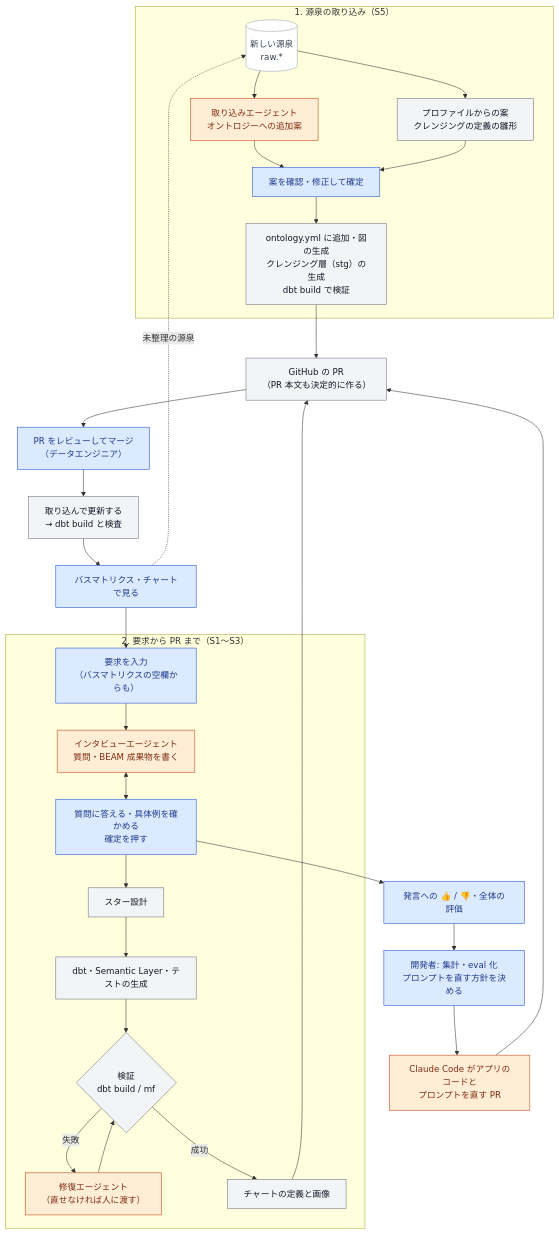
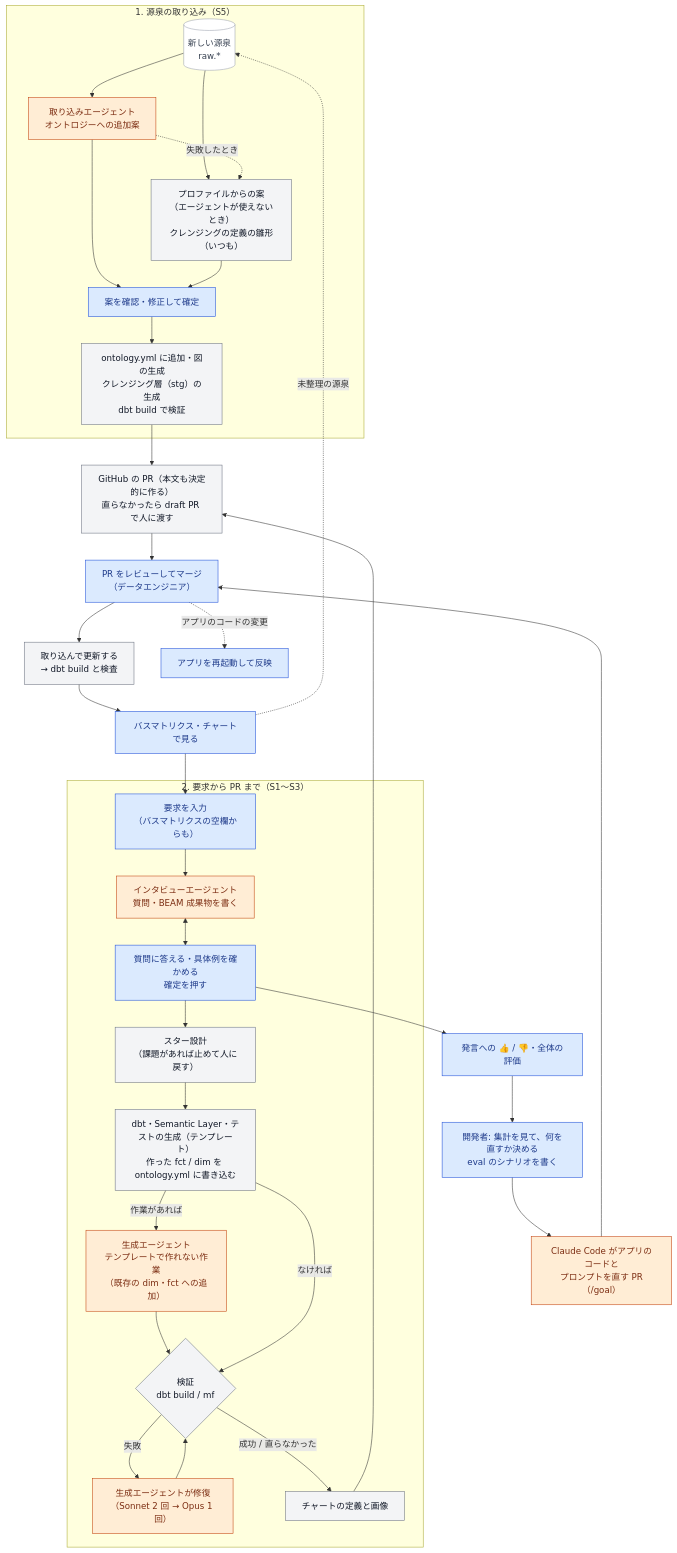
Before and after one commit to daikono313/agentic-data-platform: the first of 2 diagrams in docs/design-doc.md, drawn with Mermaid. The commit also changed other lines of this file and 8 other files, not shown here.

````diff
--- a/docs/design-doc.md
+++ b/docs/design-doc.md
@@ -98,46 +100,56 @@
 ```mermaid
 flowchart TB
   classDef human fill:#dbeafe,stroke:#1d4ed8,color:#1e3a8a
   classDef ai fill:#ffedd5,stroke:#c2410c,color:#7c2d12
   classDef prog fill:#f3f4f6,stroke:#6b7280,color:#111827
   classDef store fill:#ffffff,stroke:#9ca3af,color:#374151
 
   subgraph ONB["1. 源泉の取り込み（S5）"]
     SRC[("新しい源泉<br/>raw.*")]:::store
     O_AI["取り込みエージェント<br/>オントロジーへの追加案"]:::ai
-    O_RULE["プロファイルからの案<br/>クレンジングの定義の雛形"]:::prog
+    O_RULE["プロファイルからの案<br/>（エージェントが使えないとき）<br/>クレンジングの定義の雛形（いつも）"]:::prog
     O_H["案を確認・修正して確定"]:::human
     O_GEN["ontology.yml に追加・図の生成<br/>クレンジング層（stg）の生成<br/>dbt build で検証"]:::prog
-    SRC --> O_AI & O_RULE --> O_H --> O_GEN
+    SRC --> O_AI
+    SRC --> O_RULE
+    O_AI -. 失敗したとき .-> O_RULE
+    O_AI --> O_H
+    O_RULE --> O_H
+    O_H --> O_GEN
   end
 
   subgraph REQ["2. 要求から PR まで（S1〜S3）"]
     R_H["要求を入力<br/>（バスマトリクスの空欄からも）"]:::human
     I_AI["インタビューエージェント<br/>質問・BEAM 成果物を書く"]:::ai
     I_H["質問に答える・具体例を確かめる<br/>確定を押す"]:::human
-    DES["スター設計"]:::prog
-    GEN["dbt・Semantic Layer・テストの生成"]:::prog
+    DES["スター設計<br/>（課題があれば止めて人に戻す）"]:::prog
+    GEN["dbt・Semantic Layer・テストの生成（テンプレート）<br/>作った fct / dim を ontology.yml に書き込む"]:::prog
+    TASK["生成エージェント<br/>テンプレートで作れない作業<br/>（既存の dim・fct への追加）"]:::ai
     VER{"検証<br/>dbt build / mf"}:::prog
-    REP["修復エージェント<br/>（直せなければ人に渡す）"]:::ai
+    REP["生成エージェントが修復<br/>（Sonnet 2 回 → Opus 1 回）"]:::ai
     CH["チャートの定義と画像"]:::prog
     R_H --> I_AI <--> I_H
-    I_H --> DES --> GEN --> VER
+    I_H --> DES --> GEN
+    GEN -- 作業があれば --> TASK --> VER
+    GEN -- なければ --> VER
     VER -- 失敗 --> REP --> VER
-    VER -- 成功 --> CH
+    VER -- 成功 / 直らなかった --> CH
   end
 
-  PR["GitHub の PR<br/>（PR 本文も決定的に作る）"]:::prog
+  PR["GitHub の PR（本文も決定的に作る）<br/>直らなかったら draft PR で人に渡す"]:::prog
   MERGE["PR をレビューしてマージ<br/>（データエンジニア）"]:::human
   SYNC["取り込んで更新する<br/>→ dbt build と検査"]:::prog
   VIEW["バスマトリクス・チャートで見る"]:::human
   FB["発言への 👍 / 👎・全体の評価"]:::human
-  DEV["開発者: 集計・eval 化<br/>プロンプトを直す方針を決める"]:::human
-  CODE["Claude Code がアプリのコードと<br/>プロンプトを直す PR"]:::ai
+  DEV["開発者: 集計を見て、何を直すか決める<br/>eval のシナリオを書く"]:::human
+  CODE["Claude Code がアプリのコードと<br/>プロンプトを直す PR（/goal）"]:::ai
+  REL["アプリを再起動して反映"]:::human
 
   O_GEN --> PR
   CH --> PR
   PR --> MERGE --> SYNC --> VIEW
   VIEW --> R_H
   VIEW -. 未整理の源泉 .-> SRC
-  I_H --> FB --> DEV --> CODE --> PR
+  I_H --> FB --> DEV --> CODE --> MERGE
+  MERGE -. アプリのコードの変更 .-> REL
 ```
````
